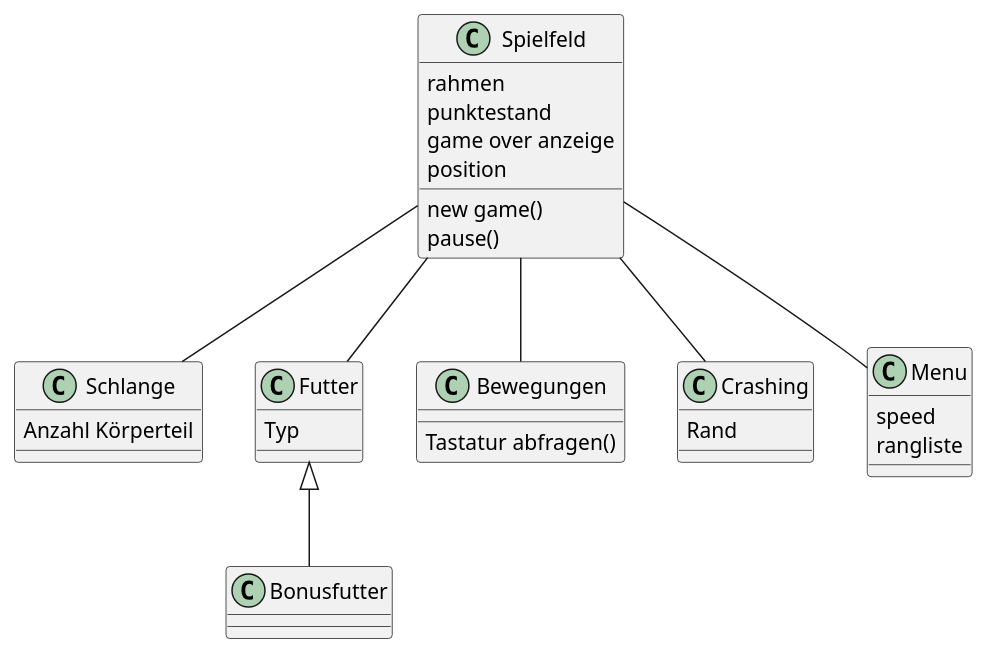
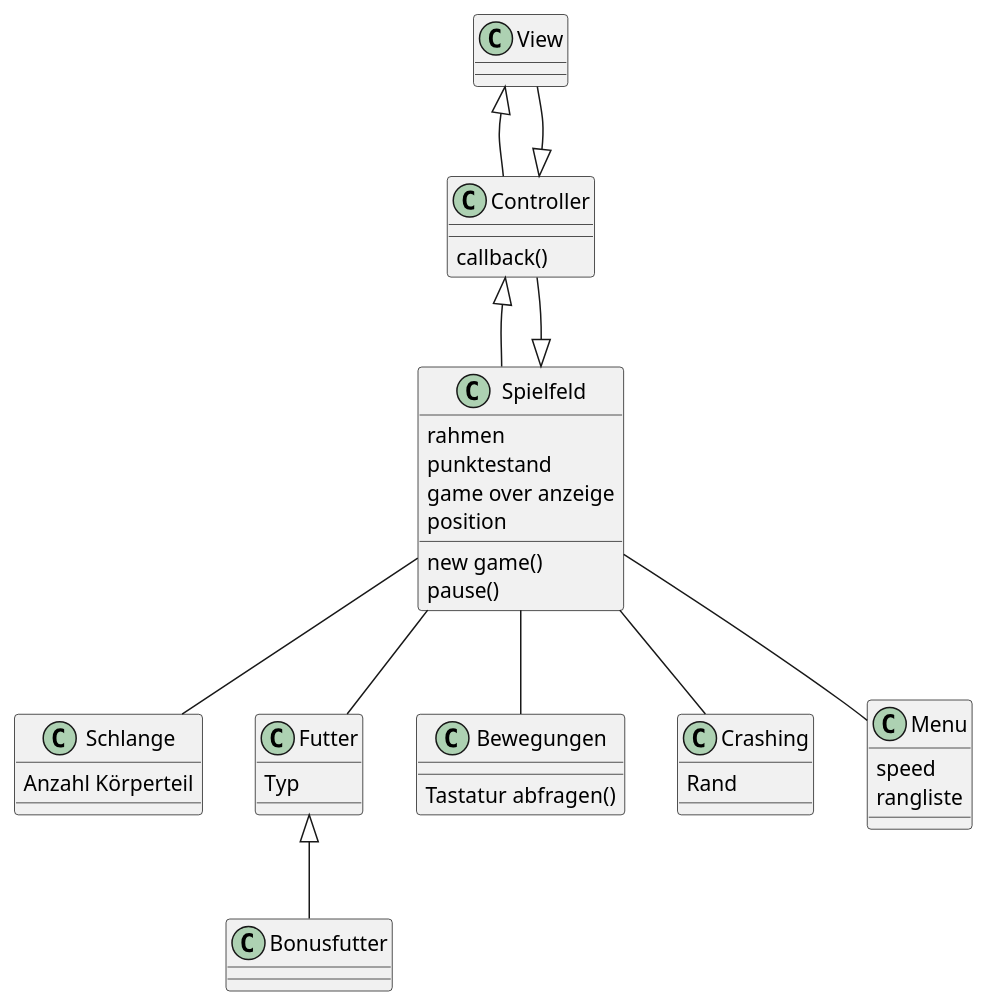
Before and after one commit to PFOTeko/Projektarbeit: the diagram in Klasse.puml, drawn with PlantUML. The commit also changed 2 other files, not shown here.

```diff
--- a/Klasse.puml
+++ b/Klasse.puml
@@ -1,42 +1,56 @@
 @startuml
+
+class View{
+
+}
+
+class Controller{
+callback()
+
+}
+
 
 class Schlange{
 Anzahl Körperteil
 }
 
 class Futter{
 Typ
 }
 
 class Bonusfutter{
 }
 
 class Spielfeld{
 rahmen
 new game()
 pause()
 punktestand
 game over anzeige
 position
 } 
 
 class Bewegungen{
 Tastatur abfragen()
 } 
 
 class Crashing{
 Rand
 } 
 
 class Menu{
 speed
 rangliste
 } 
 
 Spielfeld -- Schlange
 Spielfeld -- Futter
 Spielfeld -- Bewegungen
 Spielfeld -- Crashing
 Spielfeld -- Menu
 Futter <|-- Bonusfutter
+Controller <|-- Spielfeld
+Spielfeld <|-- Controller
+View <|--Controller
+View --|> Controller
 @enduml
```
